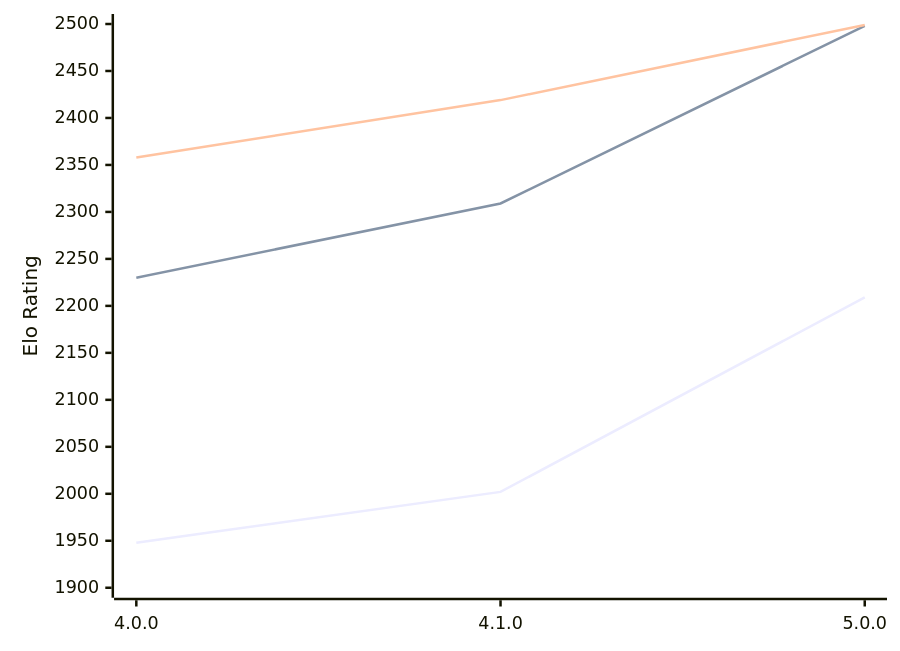
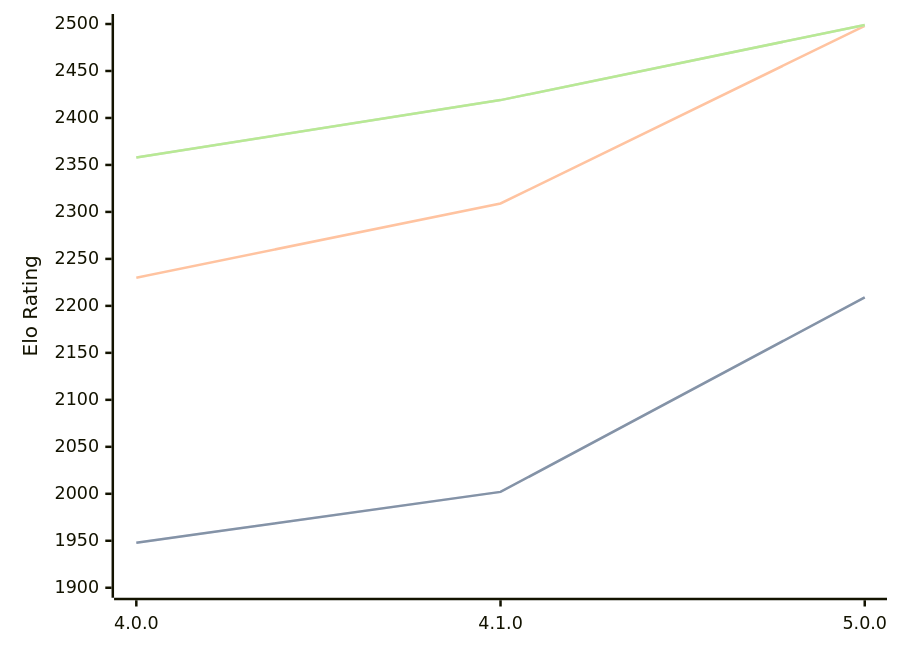
One commit to computer-chess-index/cci changed the diagram in engines/Aconcagua.md. Above: the diagram before and after it, drawn with Mermaid. The commit also changed other lines of this file, not shown here.

Commit message:
Update CCI Ratings (ELO VLTC) - 2026-02-13

````diff
--- a/engines/Aconcagua.md
+++ b/engines/Aconcagua.md
@@ -39,9 +39,11 @@
 ```mermaid
 %%{init: {"theme":"base","themeVariables":{"seriesColors:['#a3a3a3','#222221','#faa371']}}}%%
 xychart-beta
   x-axis ["4.0.0", "4.1.0", "5.0.0"]
   y-axis "Elo Rating" 1900 --> 2500
   line "STC (8.0+0.08s)" [1948, 2002, 2209]
+  line "STC (8.0+0.08s)" [1948, 2002, 2209]
   line "LTC (60.0+0.60s)" [2230, 2309, 2498]
   line "VLTC (2m24s+1.12s)" [2358, 2419, 2499]
+  line "VLTC (2m24s+1.12s)" [2358, 2419, 2499]
 ```
````
